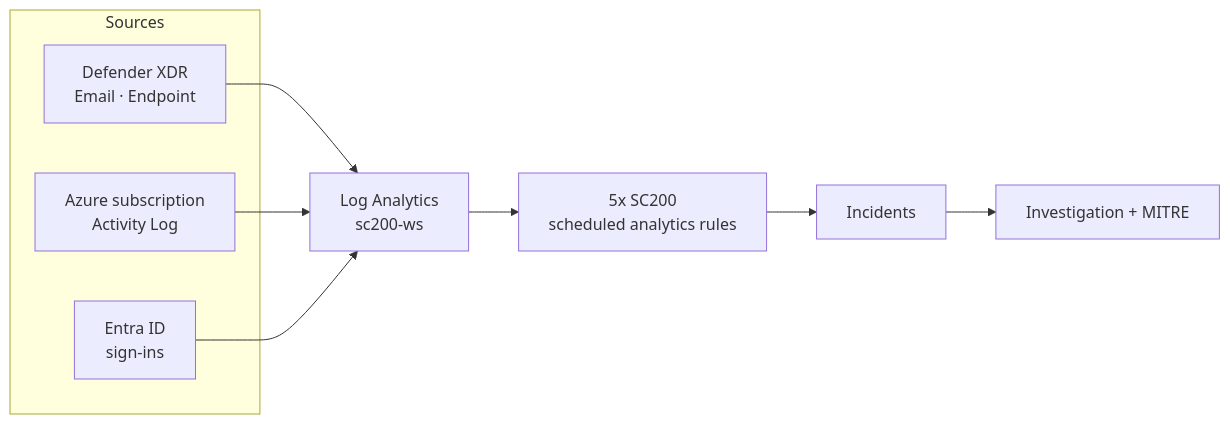
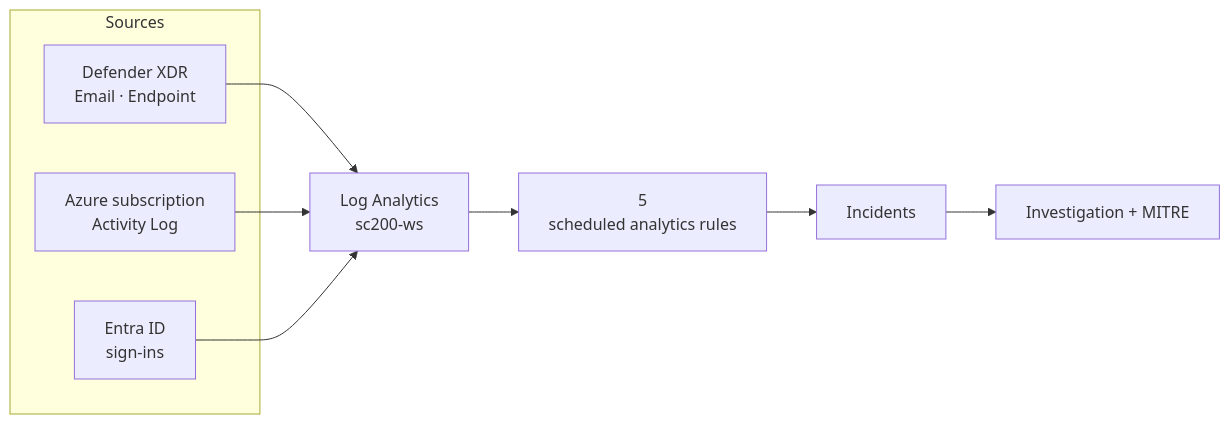
Before and after one commit to ibondarenko1/azure-soc-detection-lab: the diagram in docs/01-architecture.md, drawn with Mermaid. The commit also changed other lines of this file and 45 other files, not shown here.

````diff
--- a/docs/01-architecture.md
+++ b/docs/01-architecture.md
@@ -21,14 +21,14 @@
 ```mermaid
 flowchart LR
   subgraph Sources
     A[Defender XDR<br/>Email · Endpoint]
     B[Azure subscription<br/>Activity Log]
     C[Entra ID<br/>sign-ins]
   end
   A --> W[Log Analytics<br/>sc200-ws]
   B --> W
   C --> W
-  W --> R[5x SC200<br/>scheduled analytics rules]
+  W --> R[5<br/>scheduled analytics rules]
   R --> I[Incidents]
   I --> V[Investigation + MITRE]
 ```
````
